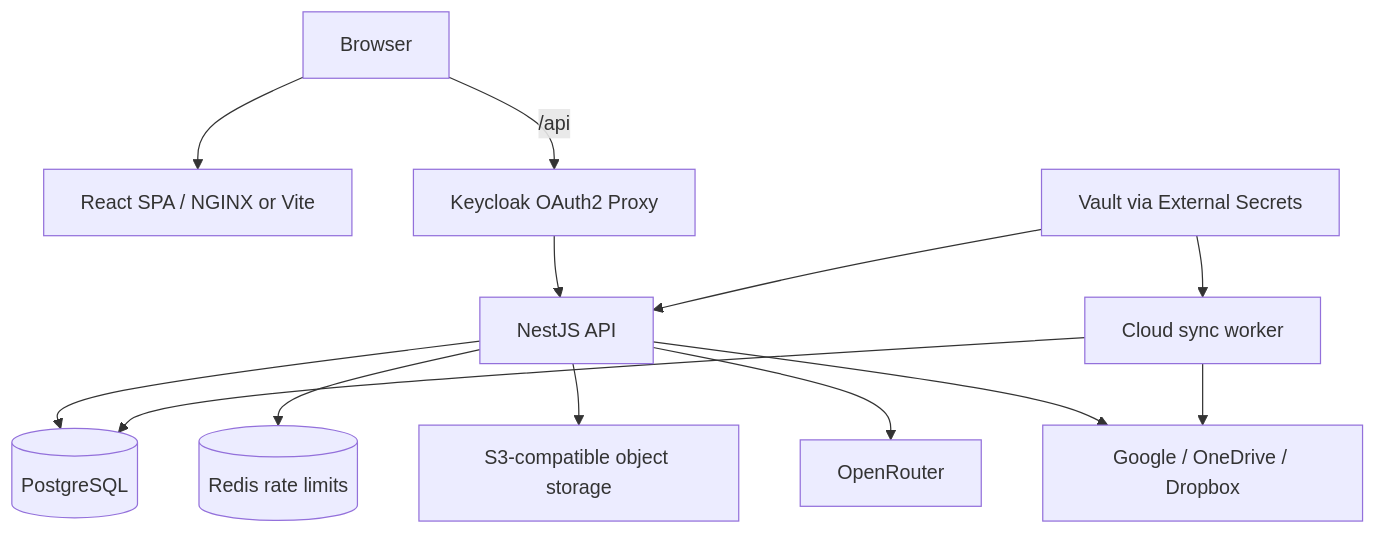
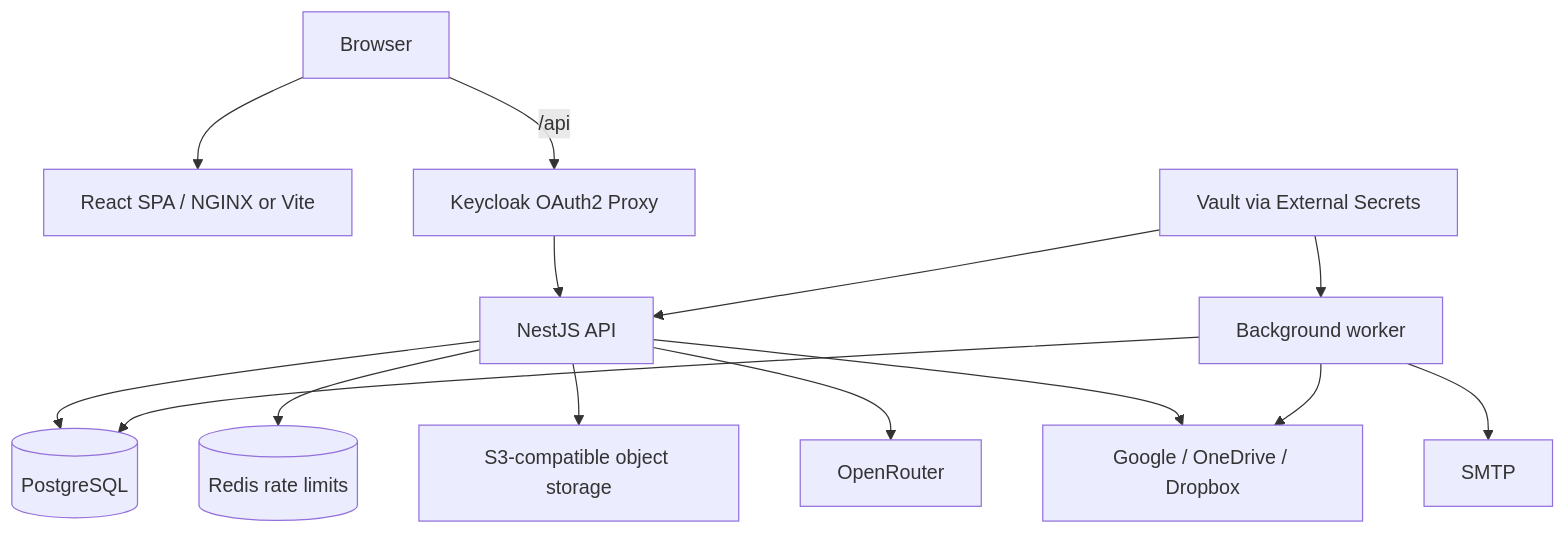
Before and after one commit to chefzaid/thoughty: the first of 4 diagrams in docs/architecture.md, drawn with Mermaid. The commit also changed other lines of this file and 103 other files, not shown here.

````diff
--- a/docs/architecture.md
+++ b/docs/architecture.md
@@ -9,18 +9,19 @@
 ```mermaid
 flowchart TD
     Browser[Browser] --> Web[React SPA / NGINX or Vite]
     Browser -->|/api| Auth[Keycloak OAuth2 Proxy]
     Auth --> API[NestJS API]
 
     API --> Pg[(PostgreSQL)]
     API --> Redis[(Redis rate limits)]
     API --> S3[S3-compatible object storage]
     API --> OpenRouter[OpenRouter]
     API --> OAuth[Google / OneDrive / Dropbox]
 
-    Worker[Cloud sync worker] --> Pg
+    Worker[Background worker] --> Pg
     Worker --> OAuth
+    Worker --> SMTP[SMTP]
 
     Vault[Vault via External Secrets] --> API
     Vault --> Worker
 ```
````
